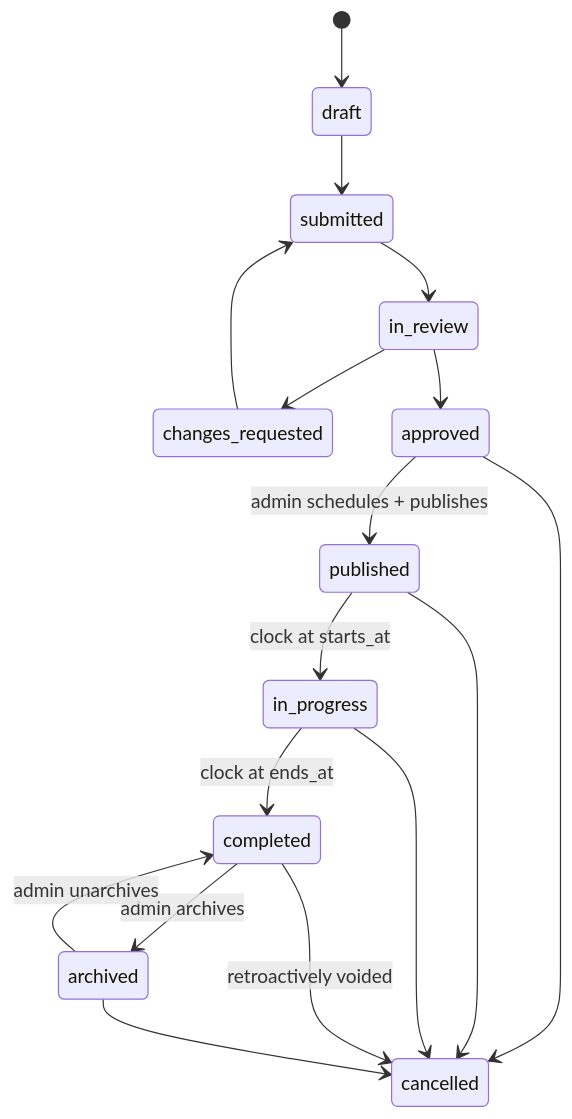
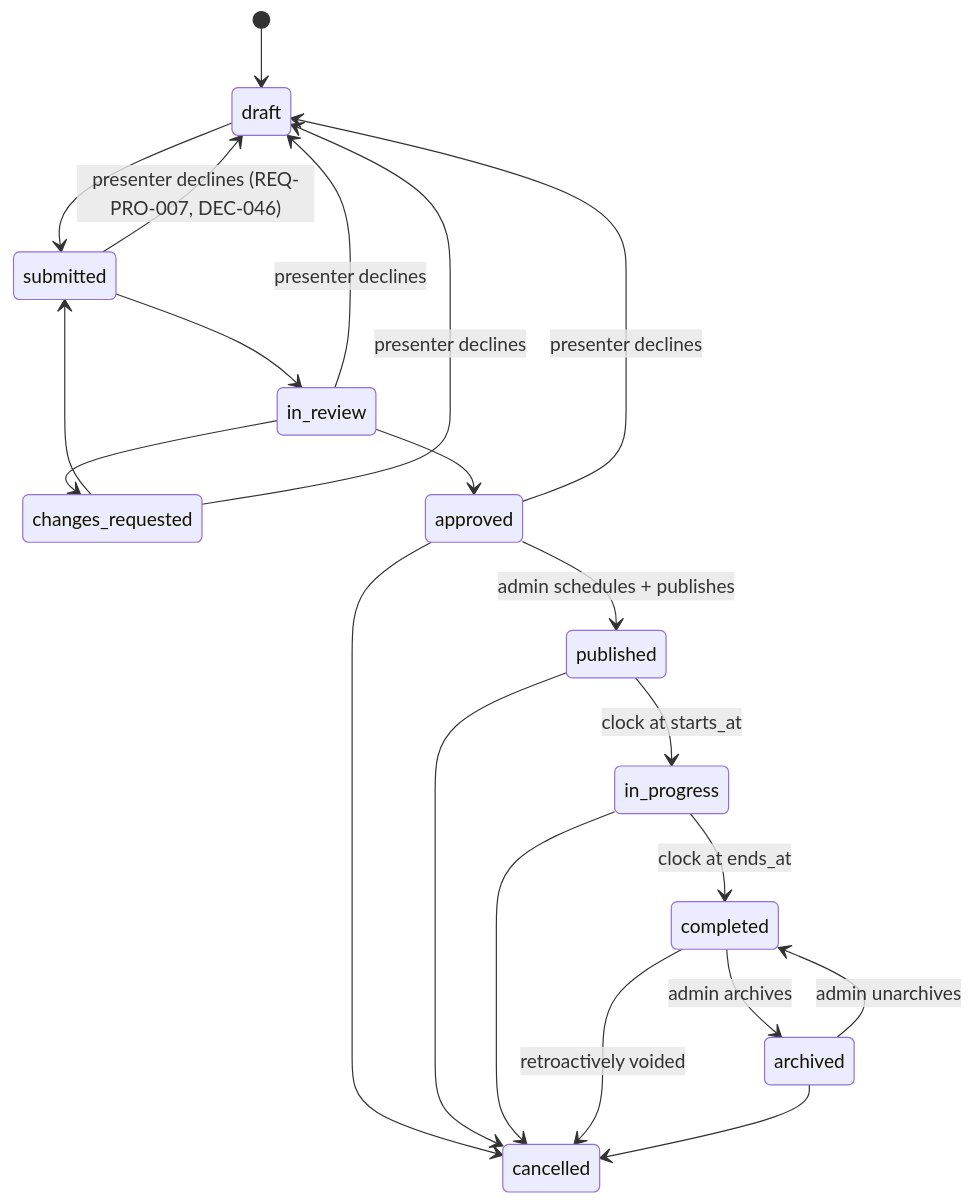
The sixth of 9 diagrams in docs/plan/02-domain-model.md (ebnmajed/kareem-marefa), drawn with Mermaid before and after one commit. The commit also changed other lines of this file and 9 other files, not shown here.

````diff
--- a/docs/plan/02-domain-model.md
+++ b/docs/plan/02-domain-model.md
@@ -1206,20 +1209,25 @@
 ```mermaid
 stateDiagram-v2
     [*] --> draft
     draft --> submitted
     submitted --> in_review
     in_review --> changes_requested
     changes_requested --> submitted
     in_review --> approved
     approved --> published: admin schedules + publishes
     published --> in_progress: clock at starts_at
     in_progress --> completed: clock at ends_at
     completed --> archived: admin archives
     archived --> completed: admin unarchives
 
     approved --> cancelled
     published --> cancelled
     in_progress --> cancelled
     completed --> cancelled: retroactively voided
     archived --> cancelled
+
+    submitted --> draft: presenter declines (REQ-PRO-007, DEC-046)
+    in_review --> draft: presenter declines
+    changes_requested --> draft: presenter declines
+    approved --> draft: presenter declines
 ```
````
